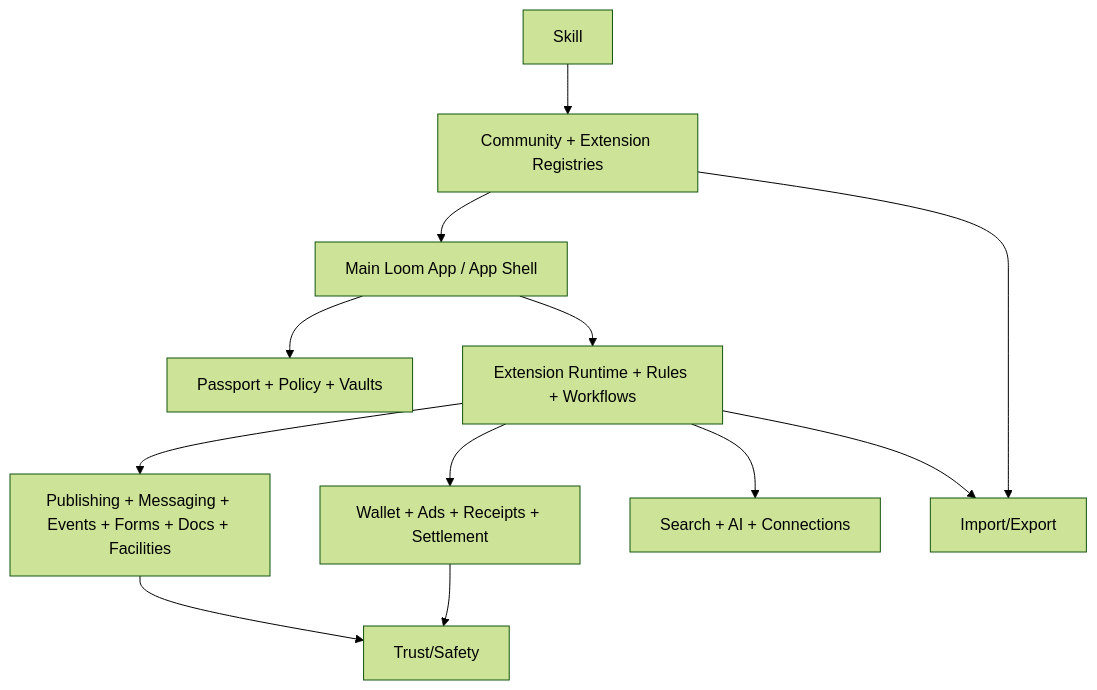
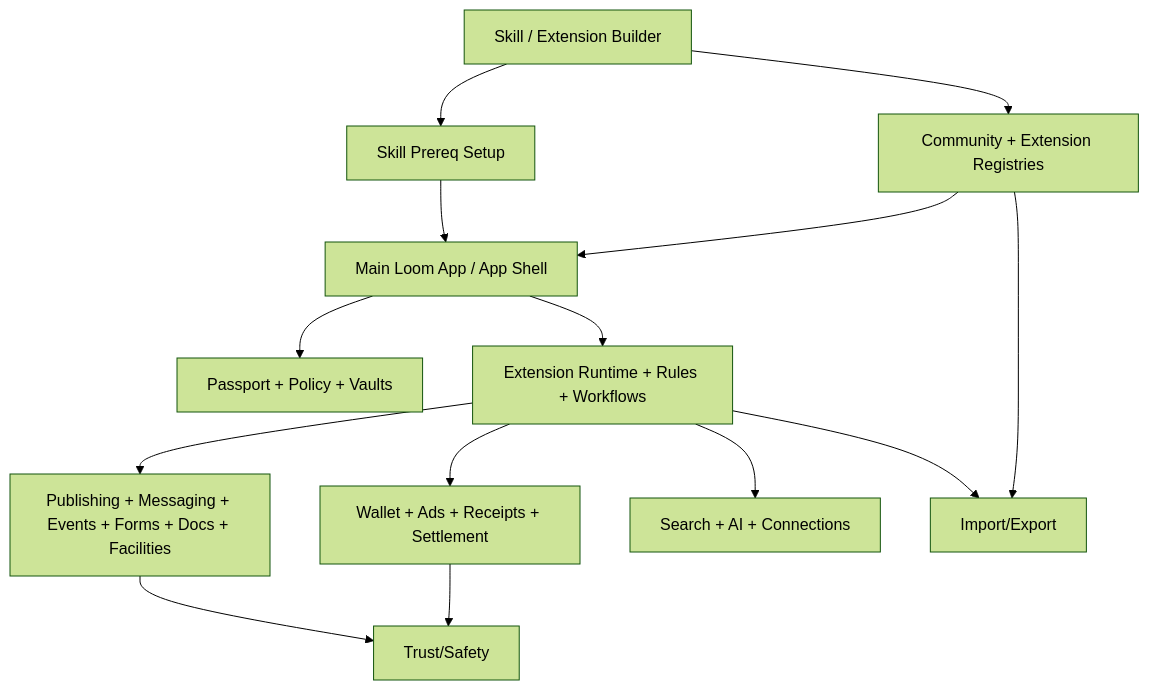
The diagram in docs/Architecture V2/12-mvp-prototype-transaction-slices.md (fahdabidi/Loom), drawn with Mermaid (forest theme) before and after one commit. The commit also changed other lines of this file and 73 other files, not shown here.

````diff
--- a/docs/Architecture V2/12-mvp-prototype-transaction-slices.md
+++ b/docs/Architecture V2/12-mvp-prototype-transaction-slices.md
@@ -16,25 +16,28 @@
 ```mermaid
 flowchart TB
-  Skill[Skill]
+  Skill[Skill / Extension Builder]
+  Prereq[Skill Prereq Setup]
   Registry[Community + Extension Registries]
   Shell[Main Loom App / App Shell]
   Identity[Passport + Policy + Vaults]
   Runtime[Extension Runtime + Rules + Workflows]
   Services[Publishing + Messaging + Events + Forms + Docs + Facilities]
   Money[Wallet + Ads + Receipts + Settlement]
   Search[Search + AI + Connections]
   Safety[Trust/Safety]
   Export[Import/Export]
 
+  Skill --> Prereq
+  Prereq --> Shell
   Skill --> Registry
   Registry --> Shell
   Shell --> Identity
   Shell --> Runtime
   Runtime --> Services
   Runtime --> Money
   Runtime --> Search
   Services --> Safety
   Money --> Safety
   Registry --> Export
   Runtime --> Export
 ```
````
